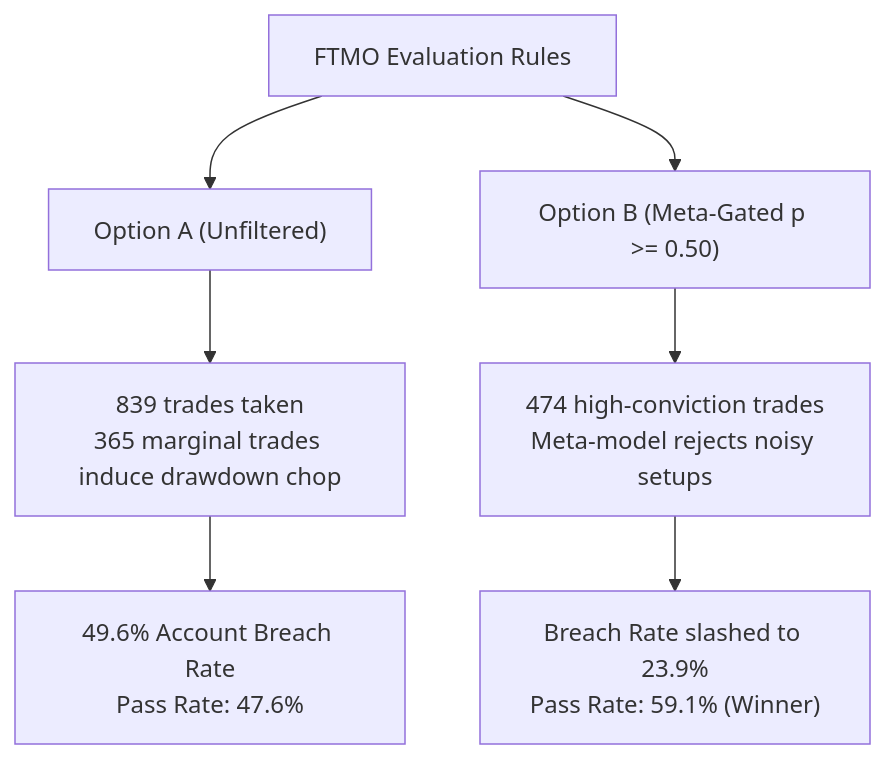
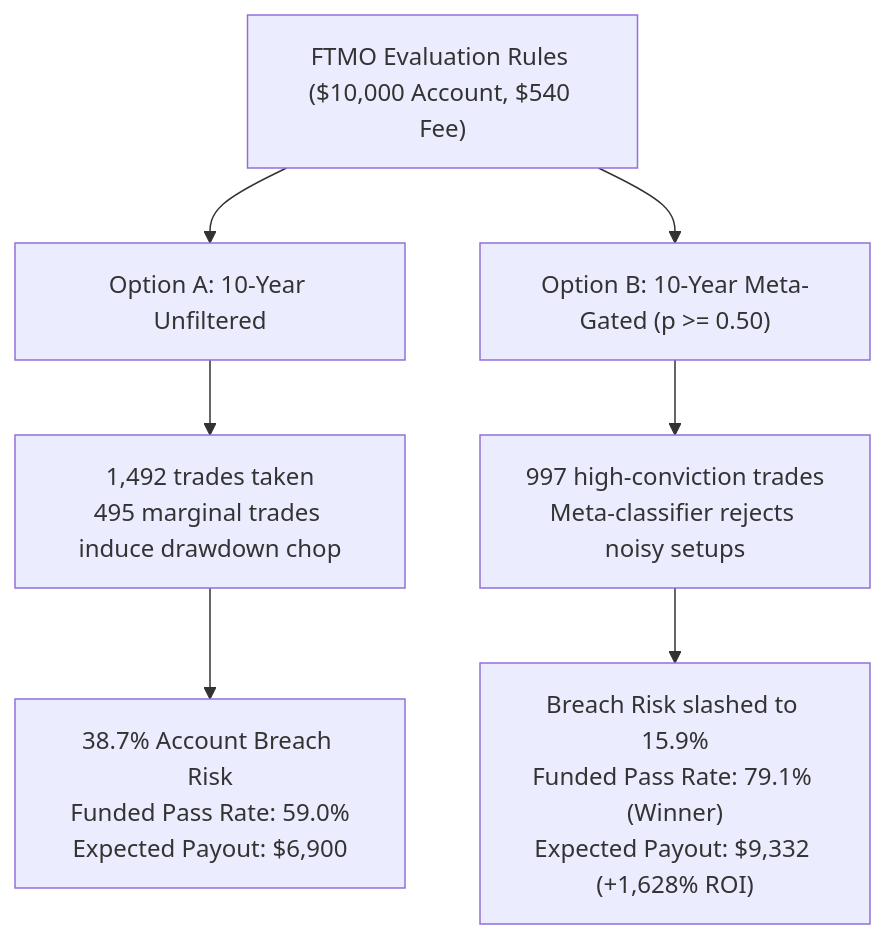
The sixth of 6 diagrams in docs/research_whitepaper.md (hzminhzz/quant-research), drawn with Mermaid before and after one commit. The commit also changed other lines of this file and 4 other files, not shown here.

````diff
--- a/docs/research_whitepaper.md
+++ b/docs/research_whitepaper.md
@@ -294,11 +319,11 @@
 ```mermaid
 flowchart TD
-    A["FTMO Evaluation Rules"] --> B["Option A (Unfiltered)"]
-    A --> C["Option B (Meta-Gated p >= 0.50)"]
+    A["FTMO Evaluation Rules ($10,000 Account, $540 Fee)"] --> B["Option A: 10-Year Unfiltered"]
+    A --> C["Option B: 10-Year Meta-Gated (p >= 0.50)"]
     
-    B --> B1["839 trades taken<br/>365 marginal trades induce drawdown chop"]
-    B1 --> B2["49.6% Account Breach Rate<br/>Pass Rate: 47.6%"]
+    B --> B1["1,492 trades taken<br/>495 marginal trades induce drawdown chop"]
+    B1 --> B2["38.7% Account Breach Risk<br/>Funded Pass Rate: 59.0%<br/>Expected Payout: $6,900"]
     
-    C --> C1["474 high-conviction trades<br/>Meta-model rejects noisy setups"]
-    C1 --> C2["Breach Rate slashed to 23.9%<br/>Pass Rate: 59.1% (Winner)"]
+    C --> C1["997 high-conviction trades<br/>Meta-classifier rejects noisy setups"]
+    C1 --> C2["Breach Risk slashed to 15.9%<br/>Funded Pass Rate: 79.1% (Winner)<br/>Expected Payout: $9,332 (+1,628% ROI)"]
 ```
````
